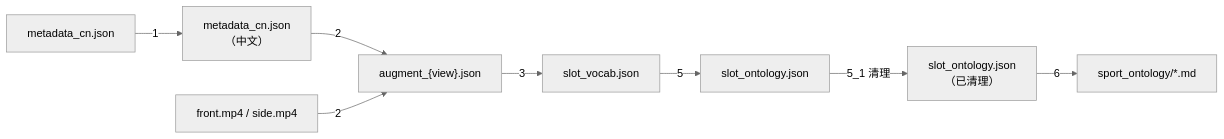
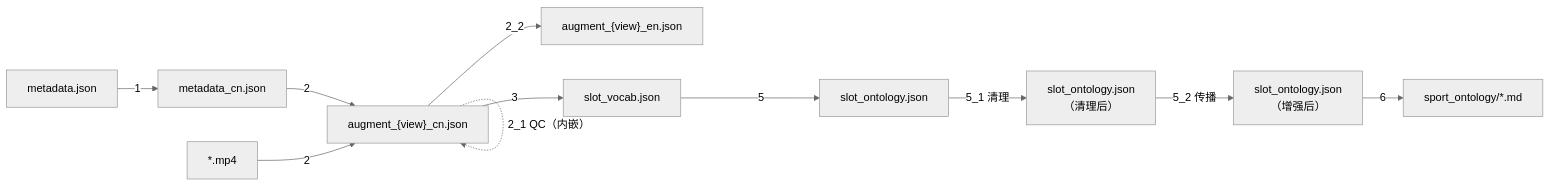
The first of 3 diagrams in tools/PIPELINE.md (Fancomi/sport_ontology), drawn with Mermaid (neutral theme) before and after one commit. The commit also changed other lines of this file and 5 other files, not shown here.

````diff
--- a/tools/PIPELINE.md
+++ b/tools/PIPELINE.md
@@ -27,10 +31,12 @@
 ```mermaid
 flowchart LR
-    META["metadata_cn.json"] -->|1| META_CN["metadata_cn.json\n（中文）"]
-    META_CN -->|2| AUG["augment_{view}.json"]
-    VID["front.mp4 / side.mp4"] -->|2| AUG
-    AUG -->|3| VOCAB["slot_vocab.json"]
-    VOCAB -->|5| ONTO["slot_ontology.json"]
-    ONTO -->|5_1 清理| ONTO2["slot_ontology.json\n（已清理）"]
-    ONTO2 -->|6| WIKI["sport_ontology/*.md"]
+    META["metadata.json"] -->|1| META_CN["metadata_cn.json"]
+    META_CN & VID["*.mp4"] -->|2| AUG_CN["augment_{view}_cn.json"]
+    AUG_CN -.->|"2_1 QC（内嵌）"| AUG_CN
+    AUG_CN -->|2_2| AUG_EN["augment_{view}_en.json"]
+    AUG_CN -->|3| VOCAB["slot_vocab.json"]
+    VOCAB -->|5| ONTO1["slot_ontology.json"]
+    ONTO1 -->|"5_1 清理"| ONTO2["slot_ontology.json\n（清理后）"]
+    ONTO2 -->|"5_2 传播"| ONTO3["slot_ontology.json\n（增强后）"]
+    ONTO3 -->|6| WIKI["sport_ontology/*.md"]
 ```
````
